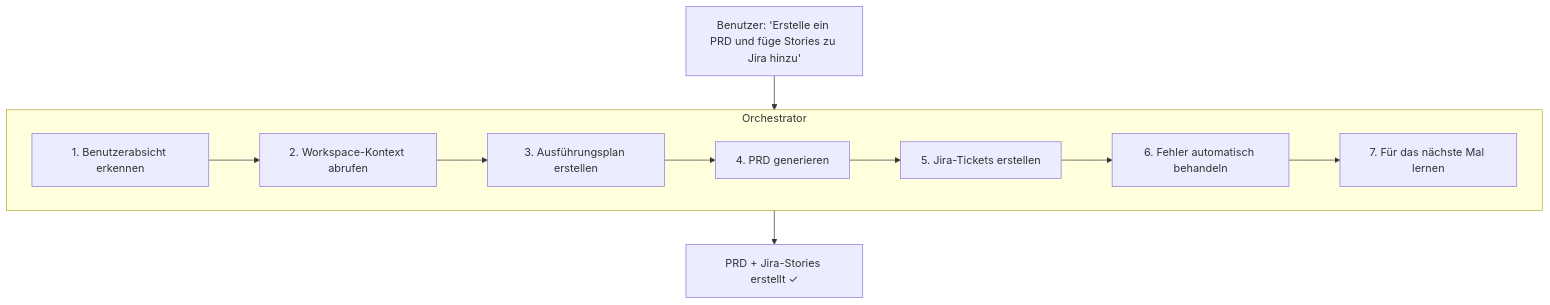
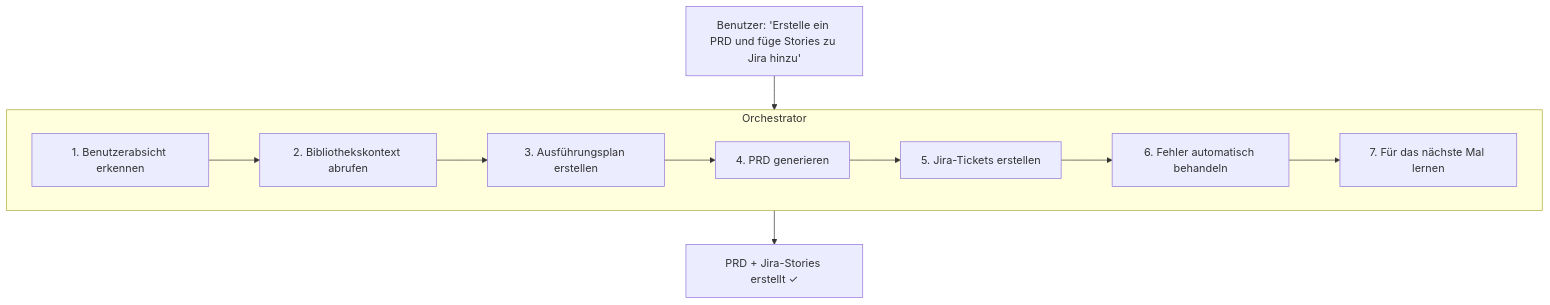
Before and after one commit to Fabric-Pro/fabric-oss: the second of 12 diagrams in apps/web/content/docs/agents/orchestrator.de.mdx, drawn with Mermaid. The commit also changed other lines of this file and 1129 other files, not shown here.

````diff
--- a/apps/web/content/docs/agents/orchestrator.de.mdx
+++ b/apps/web/content/docs/agents/orchestrator.de.mdx
@@ -31,19 +31,19 @@
 ```mermaid
 flowchart TB
     U["Benutzer: 'Erstelle ein PRD und füge Stories zu Jira hinzu'"]
 
     U --> O
 
     subgraph O["Orchestrator"]
         O1[1. Benutzerabsicht erkennen]
-        O2[2. Workspace-Kontext abrufen]
+        O2[2. Bibliothekskontext abrufen]
         O3[3. Ausführungsplan erstellen]
         O4[4. PRD generieren]
         O5[5. Jira-Tickets erstellen]
         O6[6. Fehler automatisch behandeln]
         O7[7. Für das nächste Mal lernen]
         O1 --> O2 --> O3 --> O4 --> O5 --> O6 --> O7
     end
 
     O --> R[PRD + Jira-Stories erstellt ✓]
 ```
````
